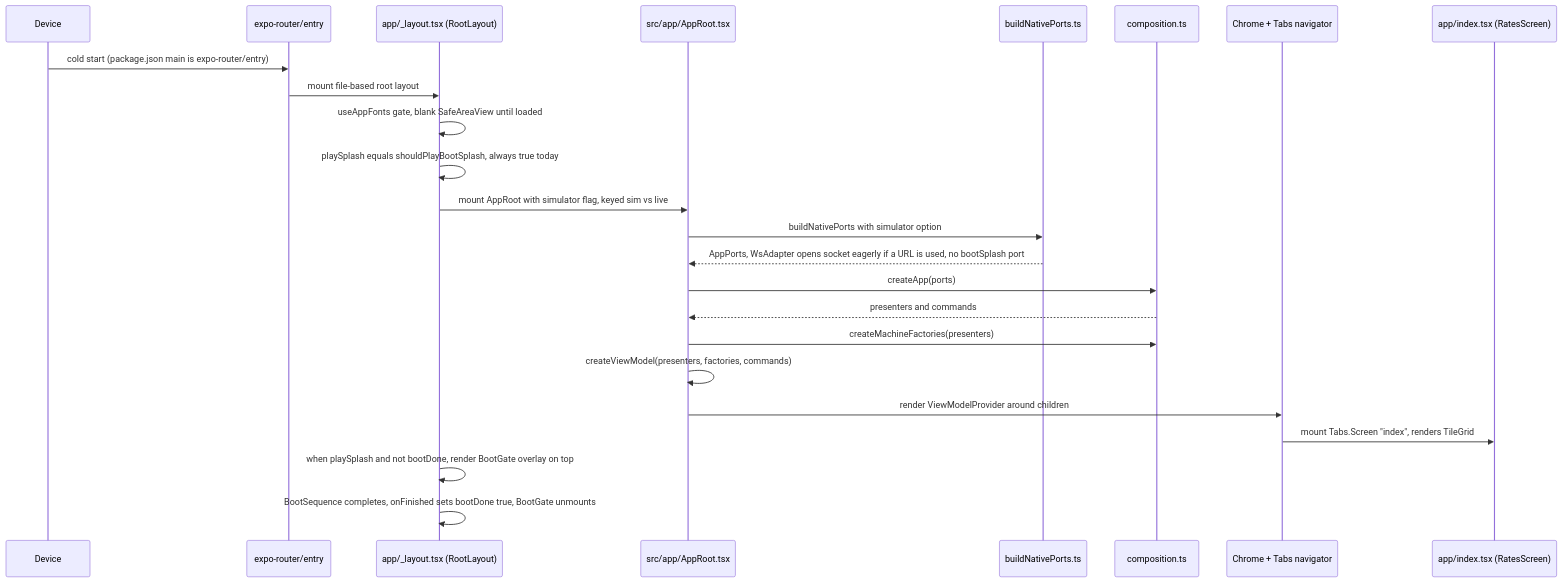
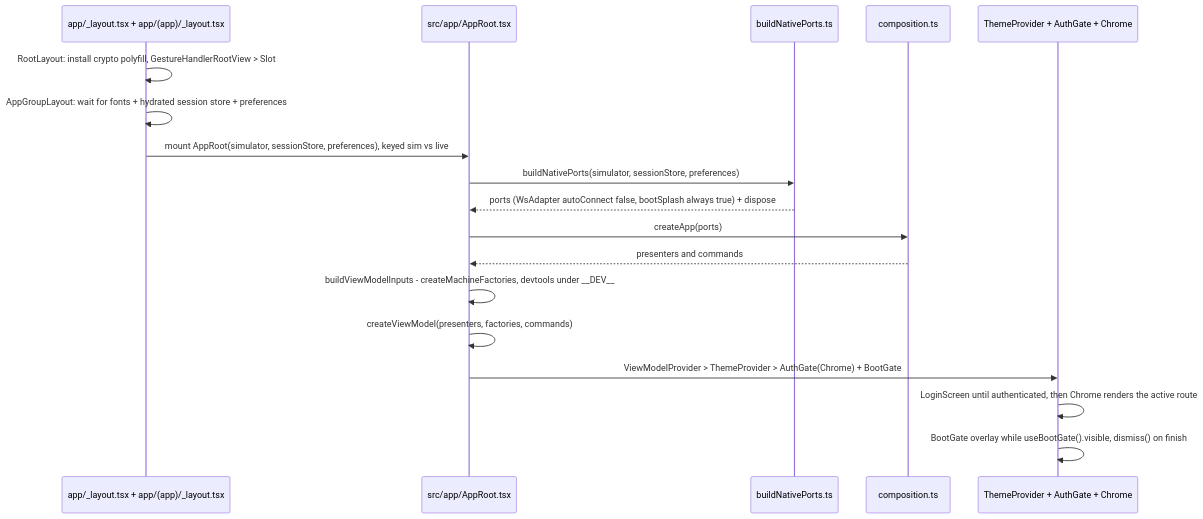
Before and after one commit to bettersoftware-io/ReactiveTraderCloudClone: the third of 4 diagrams in docs/architecture/14-composition-and-wiring.md, drawn with Mermaid. The commit also changed other lines of this file, not shown here.

First line of the commit message:
docs(architecture): §14 describes the load-time core boot chain and today's wiring

````diff
--- a/docs/architecture/14-composition-and-wiring.md
+++ b/docs/architecture/14-composition-and-wiring.md
@@ -146,27 +169,21 @@
 ```mermaid
 sequenceDiagram
-    participant Dev as Device
-    participant ER as expo-router/entry
-    participant RL as app/_layout.tsx (RootLayout)
+    participant RL as app/_layout.tsx + app/(app)/_layout.tsx
     participant AR as src/app/AppRoot.tsx
     participant BP as buildNativePorts.ts
     participant CA as composition.ts
-    participant Tabs as Chrome + Tabs navigator
-    participant Rates as app/index.tsx (RatesScreen)
+    participant UI as ThemeProvider + AuthGate + Chrome
 
-    Dev->>ER: cold start (package.json main is expo-router/entry)
-    ER->>RL: mount file-based root layout
-    RL->>RL: useAppFonts gate, blank SafeAreaView until loaded
-    RL->>RL: playSplash equals shouldPlayBootSplash, always true today
-    RL->>AR: mount AppRoot with simulator flag, keyed sim vs live
-    AR->>BP: buildNativePorts with simulator option
-    BP-->>AR: AppPorts, WsAdapter opens socket eagerly if a URL is used, no bootSplash port
+    RL->>RL: RootLayout: install crypto polyfill, GestureHandlerRootView > Slot
+    RL->>RL: AppGroupLayout: wait for fonts + hydrated session store + preferences
+    RL->>AR: mount AppRoot(simulator, sessionStore, preferences), keyed sim vs live
+    AR->>BP: buildNativePorts(simulator, sessionStore, preferences)
+    BP-->>AR: ports (WsAdapter autoConnect false, bootSplash always true) + dispose
     AR->>CA: createApp(ports)
     CA-->>AR: presenters and commands
-    AR->>CA: createMachineFactories(presenters)
+    AR->>AR: buildViewModelInputs - createMachineFactories, devtools under __DEV__
     AR->>AR: createViewModel(presenters, factories, commands)
-    AR->>Tabs: render ViewModelProvider around children
-    Tabs->>Rates: mount Tabs.Screen "index", renders TileGrid
-    RL->>RL: when playSplash and not bootDone, render BootGate overlay on top
-    RL->>RL: BootSequence completes, onFinished sets bootDone true, BootGate unmounts
+    AR->>UI: ViewModelProvider > ThemeProvider > AuthGate(Chrome) + BootGate
+    UI->>UI: LoginScreen until authenticated, then Chrome renders the active route
+    UI->>UI: BootGate overlay while useBootGate().visible, dismiss() on finish
 ```
````
